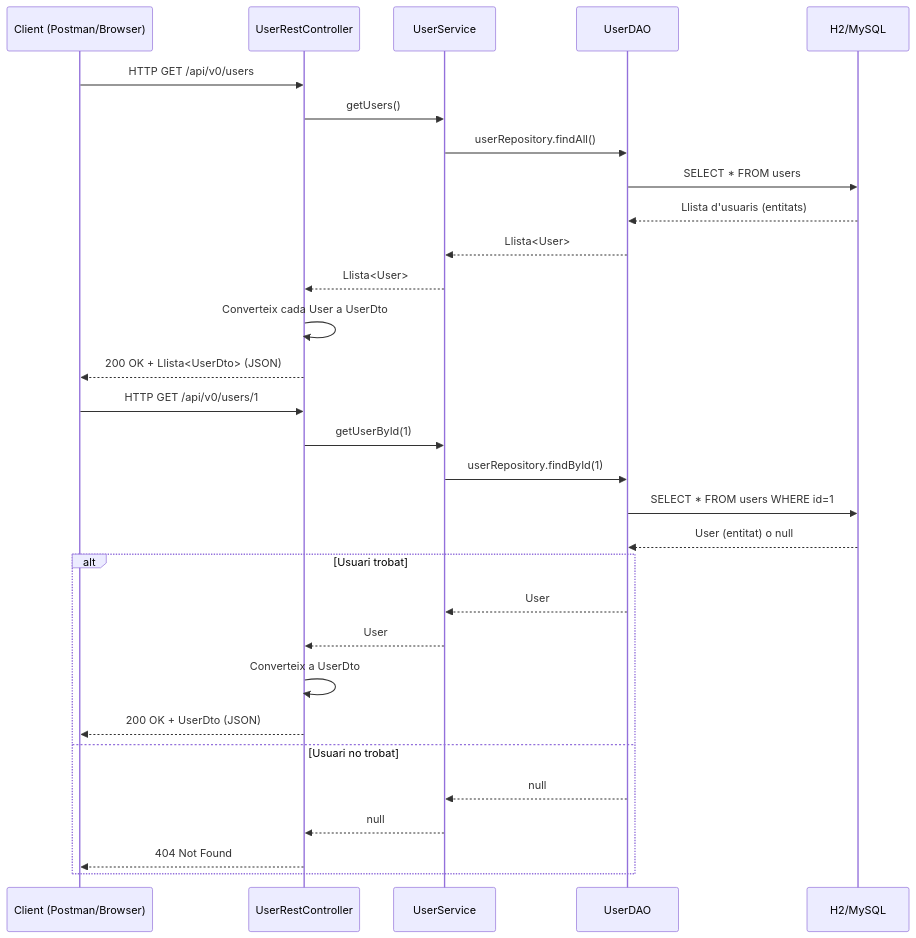
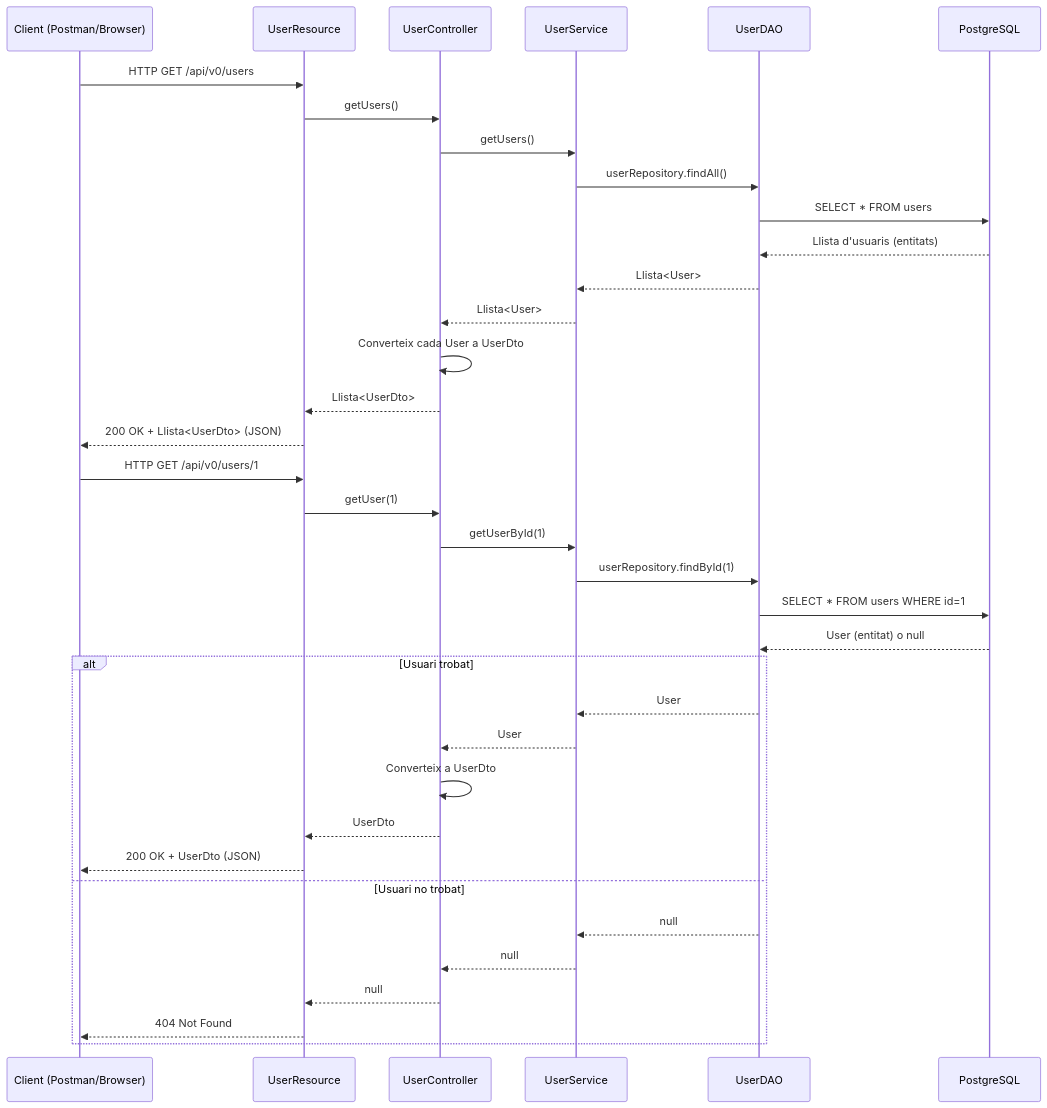
One commit to mgrl39/spring-rest-jsonpatch changed the first of 2 diagrams in README.md. Above: the diagram before and after it, drawn with Mermaid. The commit also changed other lines of this file, not shown here.

````diff
--- a/README.md
+++ b/README.md
@@ -22,36 +23,42 @@
 ```mermaid
 sequenceDiagram
     participant Client as Client (Postman/Browser)
-    participant RestController as UserRestController
+    participant Resource as UserResource
+    participant Controller as UserController
     participant Service as UserService
-    participant Repository as UserDAO
-    participant Database as H2/MySQL
+    participant DAO as UserDAO
+    participant Database as PostgreSQL
 
     %% GET ALL USERS
-    Client->>RestController: HTTP GET /api/v0/users
-    RestController->>Service: getUsers()
-    Service->>Repository: userRepository.findAll()
-    Repository->>Database: SELECT * FROM users
-    Database-->>Repository: Llista d'usuaris (entitats)
-    Repository-->>Service: Llista<User>
-    Service-->>RestController: Llista<User>
-    RestController->>RestController: Converteix cada User a UserDto
-    RestController-->>Client: 200 OK + Llista<UserDto> (JSON)
+    Client->>Resource: HTTP GET /api/v0/users
+    Resource->>Controller: getUsers()
+    Controller->>Service: getUsers()
+    Service->>DAO: userRepository.findAll()
+    DAO->>Database: SELECT * FROM users
+    Database-->>DAO: Llista d'usuaris (entitats)
+    DAO-->>Service: Llista<User>
+    Service-->>Controller: Llista<User>
+    Controller->>Controller: Converteix cada User a UserDto
+    Controller-->>Resource: Llista<UserDto>
+    Resource-->>Client: 200 OK + Llista<UserDto> (JSON)
 
     %% GET USER BY ID
-    Client->>RestController: HTTP GET /api/v0/users/1
-    RestController->>Service: getUserById(1)
-    Service->>Repository: userRepository.findById(1)
-    Repository->>Database: SELECT * FROM users WHERE id=1
-    Database-->>Repository: User (entitat) o null
+    Client->>Resource: HTTP GET /api/v0/users/1
+    Resource->>Controller: getUser(1)
+    Controller->>Service: getUserById(1)
+    Service->>DAO: userRepository.findById(1)
+    DAO->>Database: SELECT * FROM users WHERE id=1
+    Database-->>DAO: User (entitat) o null
     alt Usuari trobat
-        Repository-->>Service: User
-        Service-->>RestController: User
-        RestController->>RestController: Converteix a UserDto
-        RestController-->>Client: 200 OK + UserDto (JSON)
+        DAO-->>Service: User
+        Service-->>Controller: User
+        Controller->>Controller: Converteix a UserDto
+        Controller-->>Resource: UserDto
+        Resource-->>Client: 200 OK + UserDto (JSON)
     else Usuari no trobat
-        Repository-->>Service: null
-        Service-->>RestController: null
-        RestController-->>Client: 404 Not Found
+        DAO-->>Service: null
+        Service-->>Controller: null
+        Controller-->>Resource: null
+        Resource-->>Client: 404 Not Found
     end
 ```
````
